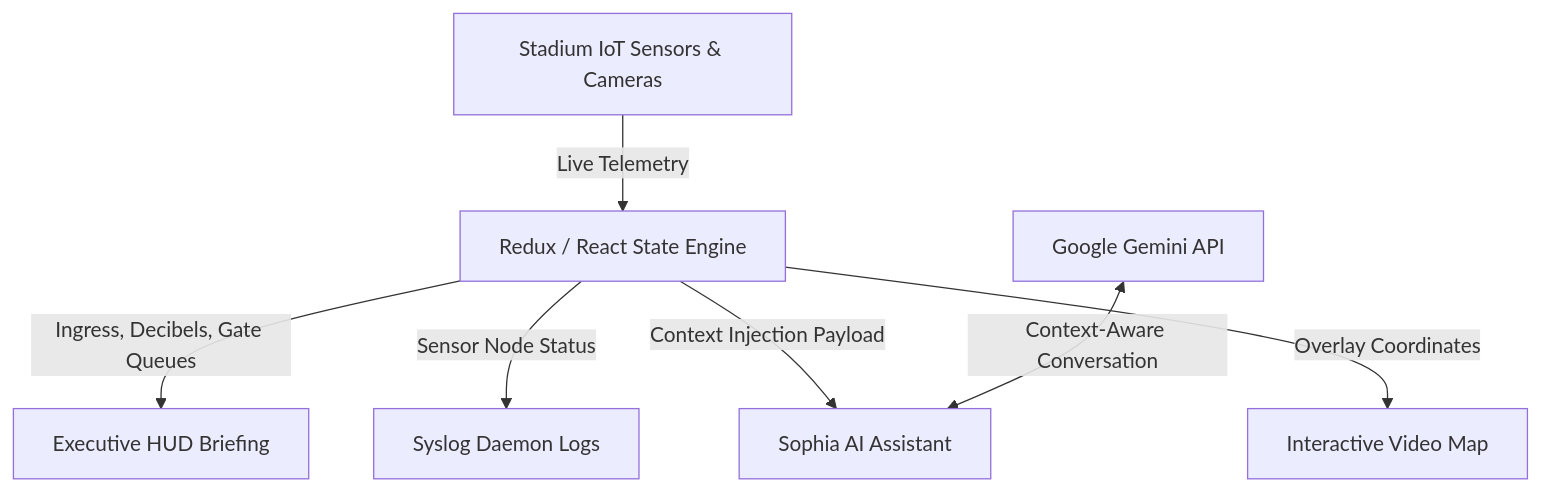
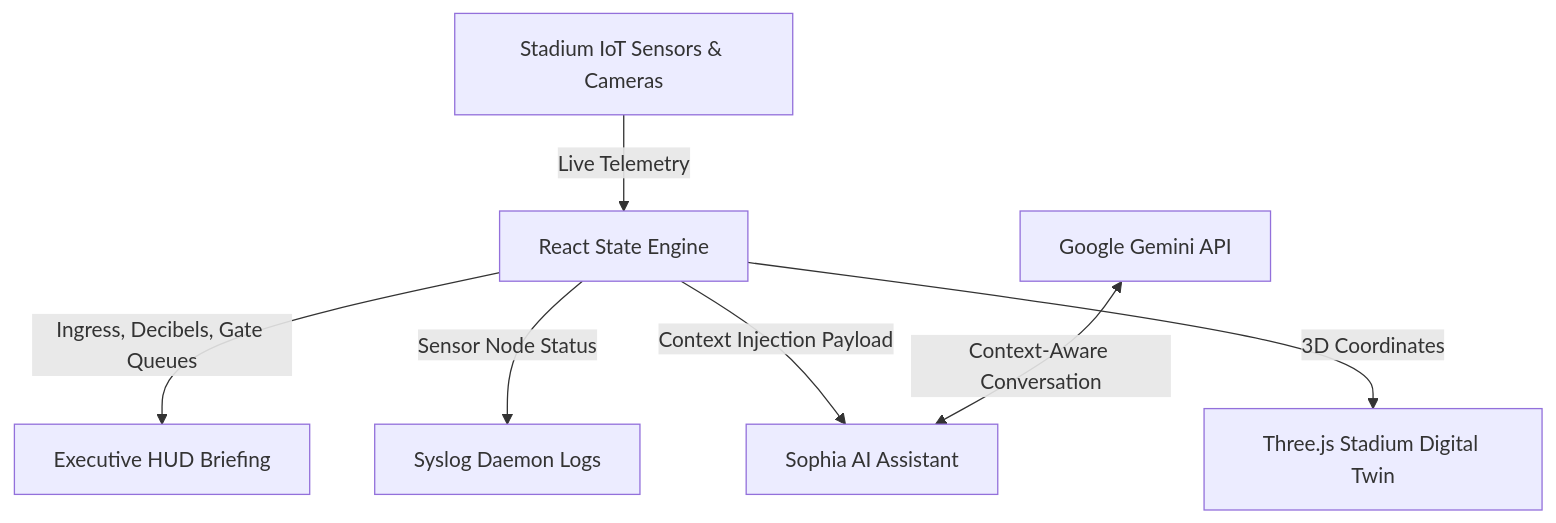
One commit to k-a-v-i-n-0-0-2/promptwars changed the diagram in README.md. Above: the diagram before and after it, drawn with Mermaid. The commit also changed other lines of this file and 25 other files, not shown here.

````diff
--- a/README.md
+++ b/README.md
@@ -78,9 +60,9 @@
 ```mermaid
 graph TD
-  A[Stadium IoT Sensors & Cameras] -->|Live Telemetry| B[Redux / React State Engine]
-  B -->|Ingress, Decibels, Gate Queues| C[Executive HUD Briefing]
-  B -->|Sensor Node Status| D[Syslog Daemon Logs]
-  B -->|Context Injection Payload| E[Sophia AI Assistant]
-  F[Google Gemini API] <-->|Context-Aware Conversation| E
-  B -->|Overlay Coordinates| G[Interactive Video Map]
+  A["Stadium IoT Sensors & Cameras"] -->|Live Telemetry| B["React State Engine"]
+  B -->|Ingress, Decibels, Gate Queues| C["Executive HUD Briefing"]
+  B -->|Sensor Node Status| D["Syslog Daemon Logs"]
+  B -->|Context Injection Payload| E["Sophia AI Assistant"]
+  F["Google Gemini API"] <-->|Context-Aware Conversation| E
+  B -->|3D Coordinates| G["Three.js Stadium Digital Twin"]
 ```
````
